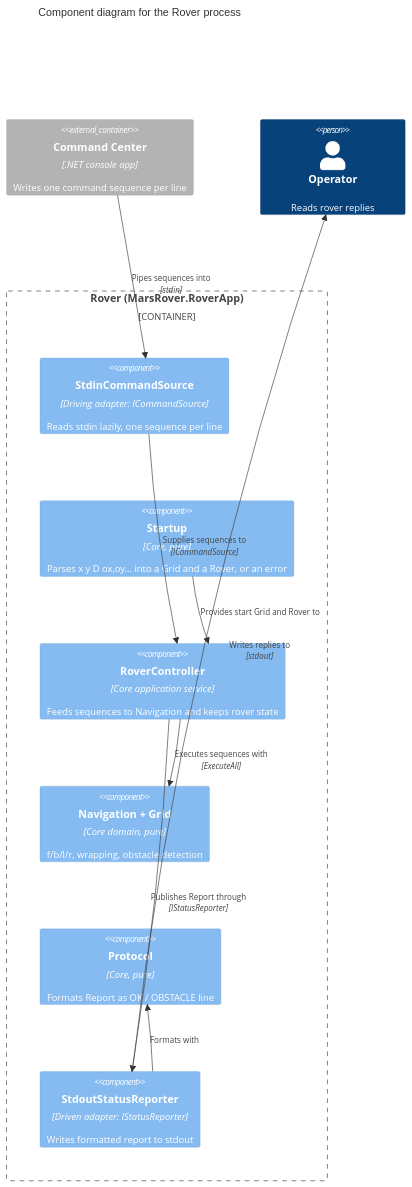
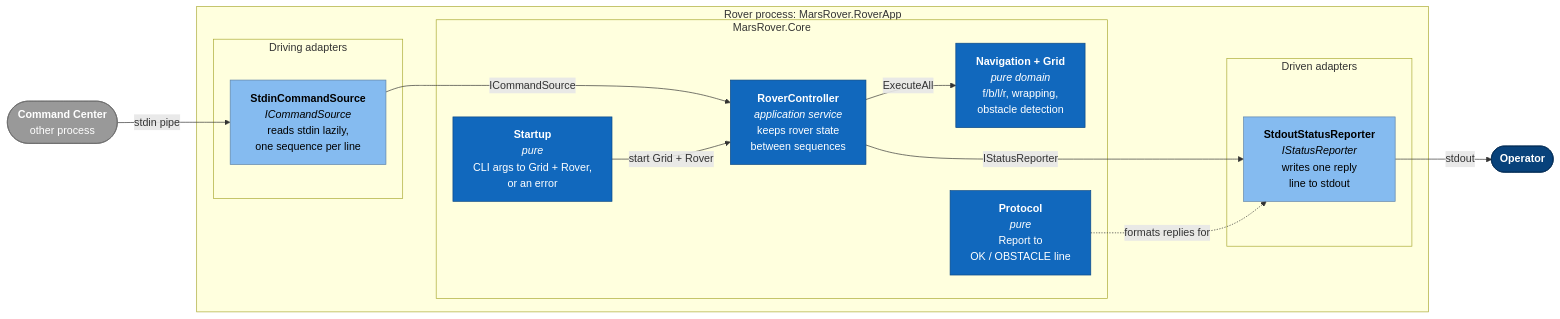
Before and after one commit to jovaneyck/agentic-mars-rover-kata: the first of 2 diagrams in docs/architecture/c4-components.md, drawn with Mermaid. The commit also changed other lines of this file and 24 other files, not shown here.

````diff
--- a/docs/architecture/c4-components.md
+++ b/docs/architecture/c4-components.md
@@ -7,26 +11,35 @@
 ```mermaid
-C4Component
-  title Component diagram for the Rover process
+flowchart LR
+  cc(["<b>Command Center</b><br/>other process"]):::external
+  op(["<b>Operator</b>"]):::person
 
-  Container_Ext(commandCenter, "Command Center", ".NET console app", "Writes one command sequence per line")
-  Person(operator, "Operator", "Reads rover replies")
+  subgraph rover["Rover process: MarsRover.RoverApp"]
+    subgraph driving["Driving adapters"]
+      stdin["<b>StdinCommandSource</b><br/><i>ICommandSource</i><br/>reads stdin lazily,<br/>one sequence per line"]:::adapter
+    end
+    subgraph core["MarsRover.Core"]
+      startup["<b>Startup</b><br/><i>pure</i><br/>CLI args to Grid + Rover,<br/>or an error"]:::core
+      controller["<b>RoverController</b><br/><i>application service</i><br/>keeps rover state<br/>between sequences"]:::core
+      navigation["<b>Navigation + Grid</b><br/><i>pure domain</i><br/>f/b/l/r, wrapping,<br/>obstacle detection"]:::core
+      protocol["<b>Protocol</b><br/><i>pure</i><br/>Report to<br/>OK / OBSTACLE line"]:::core
+    end
+    subgraph driven["Driven adapters"]
+      stdout["<b>StdoutStatusReporter</b><br/><i>IStatusReporter</i><br/>writes one reply<br/>line to stdout"]:::adapter
+    end
+  end
 
-  Container_Boundary(rover, "Rover (MarsRover.RoverApp)") {
-    Component(stdin, "StdinCommandSource", "Driving adapter: ICommandSource", "Reads stdin lazily, one sequence per line")
-    Component(startup, "Startup", "Core, pure", "Parses x y D ox,oy... into a Grid and a Rover, or an error")
-    Component(controller, "RoverController", "Core application service", "Feeds sequences to Navigation and keeps rover state")
-    Component(navigation, "Navigation + Grid", "Core domain, pure", "f/b/l/r, wrapping, obstacle detection")
-    Component(protocol, "Protocol", "Core, pure", "Formats Report as OK / OBSTACLE line")
-    Component(stdout, "StdoutStatusReporter", "Driven adapter: IStatusReporter", "Writes formatted report to stdout")
-  }
+  cc -- "stdin pipe" --> stdin
+  stdin -- "ICommandSource" --> controller
+  stdin ~~~ startup
+  startup -- "start Grid + Rover" --> controller
+  controller -- "ExecuteAll" --> navigation
+  navigation ~~~ stdout
+  controller -- "IStatusReporter" --> stdout
+  protocol -. "formats replies for" .-> stdout
+  stdout -- "stdout" --> op
 
-  Rel(commandCenter, stdin, "Pipes sequences into", "stdin")
-  Rel(startup, controller, "Provides start Grid and Rover to")
-  Rel(stdin, controller, "Supplies sequences to", "ICommandSource")
-  Rel(controller, navigation, "Executes sequences with", "ExecuteAll")
-  Rel(controller, stdout, "Publishes Report through", "IStatusReporter")
-  Rel(stdout, protocol, "Formats with")
-  Rel(stdout, operator, "Writes replies to", "stdout")
-
-  UpdateLayoutConfig($c4ShapeInRow="3", $c4BoundaryInRow="1")
+  classDef person fill:#08427b,stroke:#052e56,color:#fff
+  classDef external fill:#999,stroke:#6b6b6b,color:#fff
+  classDef adapter fill:#85bbf0,stroke:#5d82a8,color:#000
+  classDef core fill:#1168bd,stroke:#0b4884,color:#fff
 ```
````
